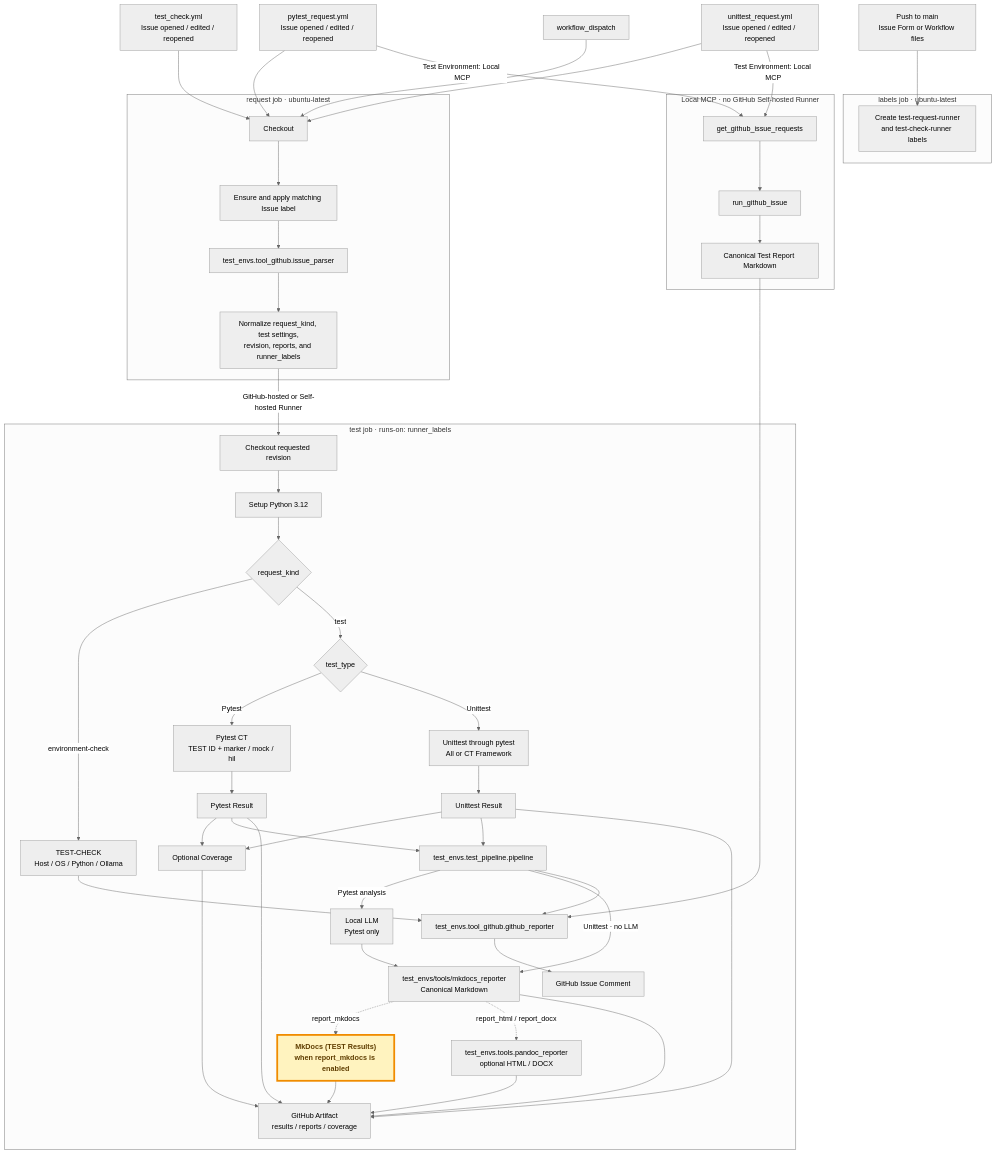
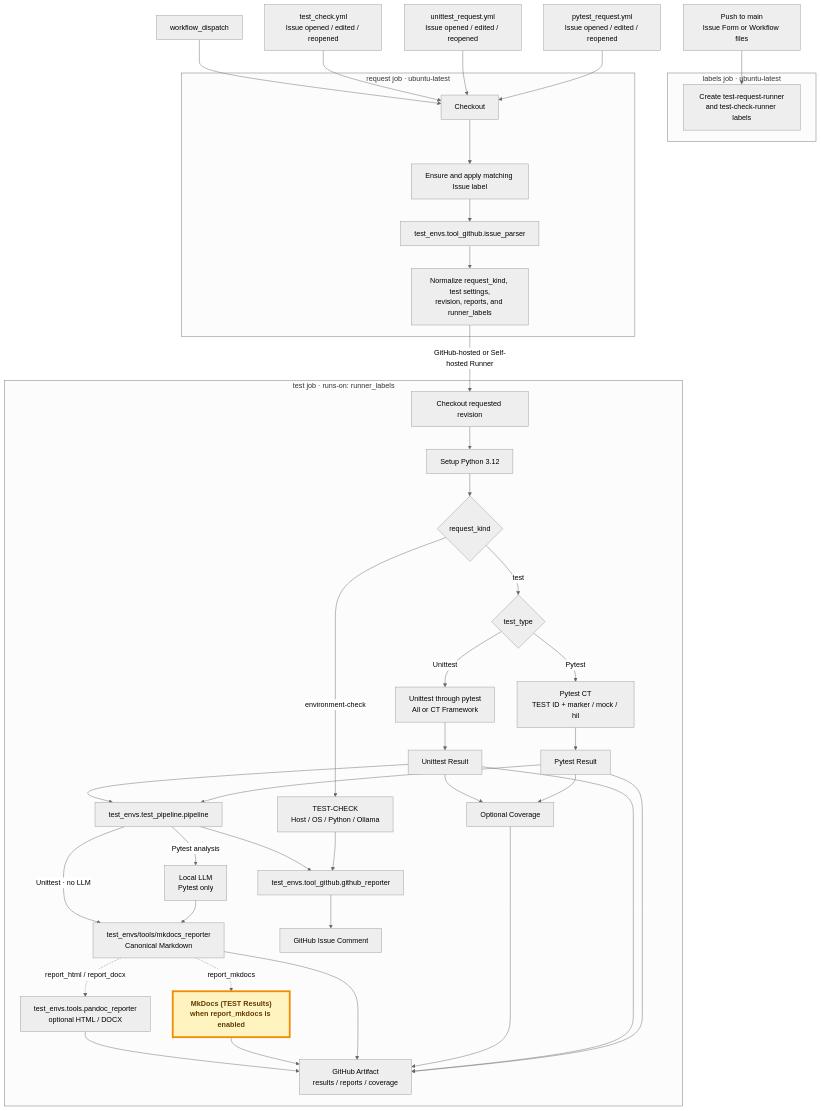
One commit to JeonghunLee/AI-driven-CI-CT changed the second of 2 diagrams in docs/index.md. Above: the diagram before and after it, drawn with Mermaid (neutral theme). The commit also changed other lines of this file and 15 other files, not shown here.

Commit message:
refactor: Remove Local MCP references and update documentation for test environments

```diff
--- a/docs/index.md
+++ b/docs/index.md
@@ -189,23 +189,12 @@
         PANDOC --> ARTIFACT
     end
 
-    subgraph LOCAL_MCP_FLOW["Local MCP · no GitHub Self-hosted Runner"]
-        MCP_LIST[get_github_issue_requests]
-        MCP_RUN[run_github_issue]
-        MCP_MARKDOWN[Canonical Test Report Markdown]
-
-        MCP_LIST --> MCP_RUN --> MCP_MARKDOWN
-    end
-
     PUSH --> LABELS
     PYTEST_ISSUE --> CHECKOUT_REQUEST
     UNITTEST_ISSUE --> CHECKOUT_REQUEST
     CHECK_ISSUE --> CHECKOUT_REQUEST
     MANUAL --> CHECKOUT_REQUEST
     OUTPUTS -->|GitHub-hosted or Self-hosted Runner| CHECKOUT_TEST
-    PYTEST_ISSUE -->|Test Environment: Local MCP| MCP_LIST
-    UNITTEST_ISSUE -->|Test Environment: Local MCP| MCP_LIST
-    MCP_MARKDOWN --> GITHUB_REPORTER
 
     classDef testResults fill:#fff3bf,stroke:#f08c00,stroke-width:4px,color:#5f3d00,font-weight:bold
     class MKDOCS testResults
```
